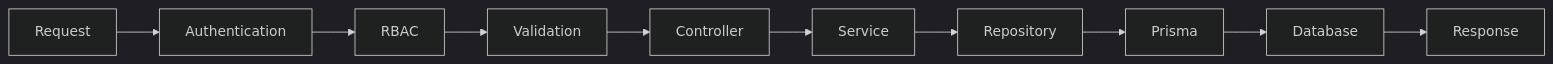
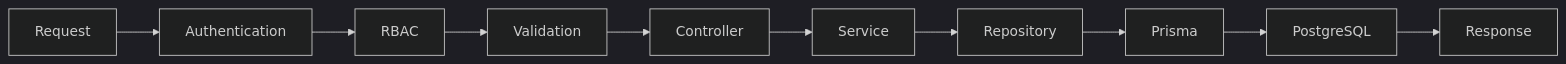
One commit to elena218-boop/Landing-Page3 changed the second of 2 diagrams in backend-architecture.md. Above: the diagram before and after it, drawn with Mermaid (dark theme). The commit also changed other lines of this file, not shown here.

````diff
--- a/backend-architecture.md
+++ b/backend-architecture.md
@@ -131,41 +159,41 @@
 ```mermaid
 flowchart LR
 
 Request
 
 -->
 
 Authentication
 
 -->
 
 RBAC
 
 -->
 
 Validation
 
 -->
 
 Controller
 
 -->
 
 Service
 
 -->
 
 Repository
 
 -->
 
 Prisma
 
 -->
 
-Database
+PostgreSQL
 
 -->
 
 Response
 ```
````
